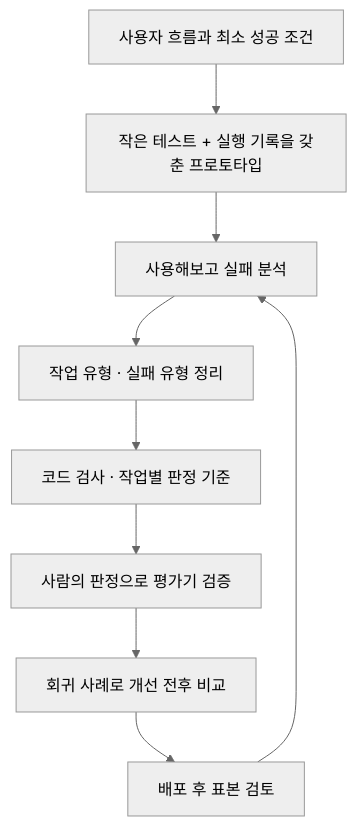
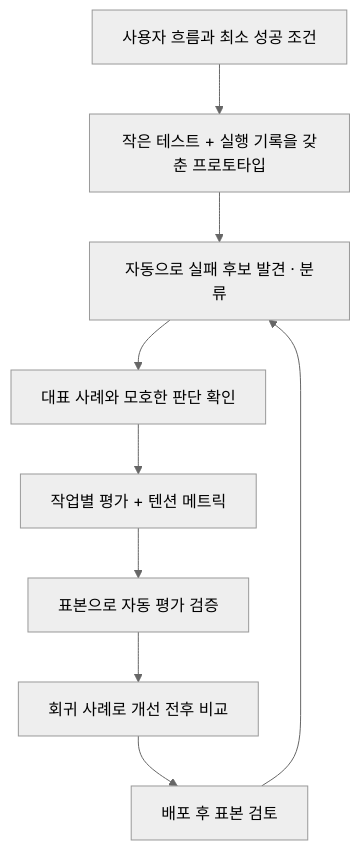
The first of 3 diagrams in _posts/2026-10-05-evaluating-new-agent-applications.md (haandol/haandol.github.com), drawn with Mermaid (neutral theme) before and after one commit. The commit also changed other lines of this file and 1 other file, not shown here.

````diff
--- a/_posts/2026-10-05-evaluating-new-agent-applications.md
+++ b/_posts/2026-10-05-evaluating-new-agent-applications.md
@@ -37,11 +40,11 @@
 ```mermaid
 flowchart TD
     A["사용자 흐름과 최소 성공 조건"] --> B["작은 테스트 + 실행 기록을 갖춘 프로토타입"]
-    B --> C["사용해보고 실패 분석"]
-    C --> D["작업 유형 · 실패 유형 정리"]
-    D --> E["코드 검사 · 작업별 판정 기준"]
-    E --> F["사람의 판정으로 평가기 검증"]
+    B --> C["자동으로 실패 후보 발견 · 분류"]
+    C --> D["대표 사례와 모호한 판단 확인"]
+    D --> E["작업별 평가 + 텐션 메트릭"]
+    E --> F["표본으로 자동 평가 검증"]
     F --> G["회귀 사례로 개선 전후 비교"]
     G --> H["배포 후 표본 검토"]
     H --> C
 ```
````
